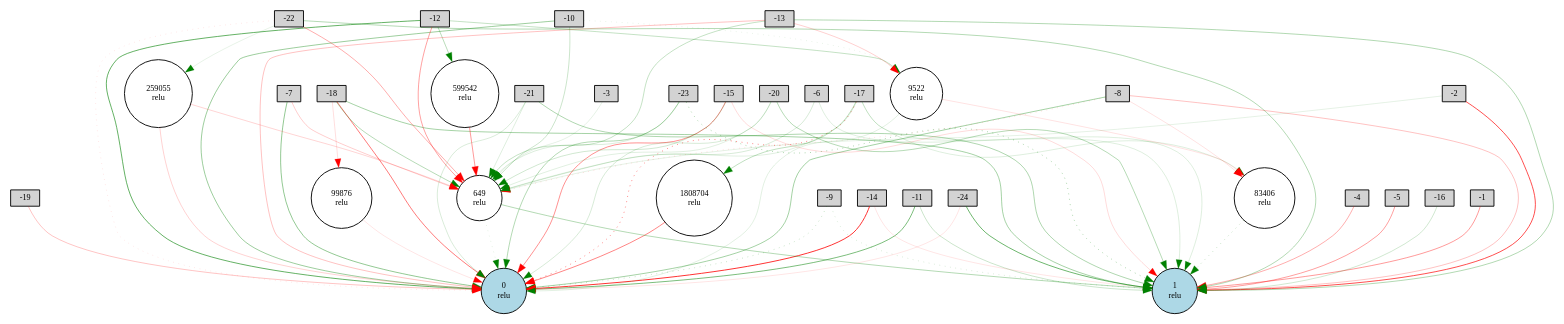
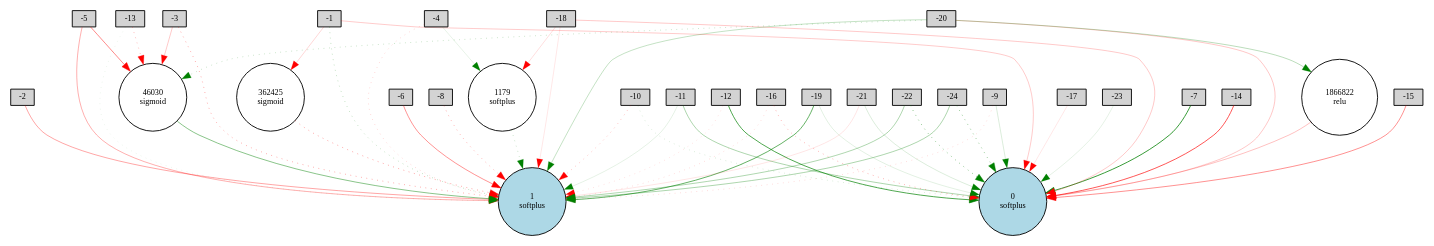
The diagram in code/Digraph.gv (winatawelly/skripsi), drawn with Graphviz before and after one commit. The commit also changed 26 other files, not shown here.

```diff
--- a/code/Digraph.gv
+++ b/code/Digraph.gv
@@ -1,115 +1,87 @@
 digraph {
 	node [fontsize=9 height=0.2 shape=circle width=0.2]
 	A [label=-1 fillcolor=lightgray shape=box style=filled]
 	B [label=-2 fillcolor=lightgray shape=box style=filled]
 	-3 [label=-3 fillcolor=lightgray shape=box style=filled]
 	-4 [label=-4 fillcolor=lightgray shape=box style=filled]
 	-5 [label=-5 fillcolor=lightgray shape=box style=filled]
 	-6 [label=-6 fillcolor=lightgray shape=box style=filled]
 	-7 [label=-7 fillcolor=lightgray shape=box style=filled]
 	-8 [label=-8 fillcolor=lightgray shape=box style=filled]
 	-9 [label=-9 fillcolor=lightgray shape=box style=filled]
 	-10 [label=-10 fillcolor=lightgray shape=box style=filled]
 	-11 [label=-11 fillcolor=lightgray shape=box style=filled]
 	-12 [label=-12 fillcolor=lightgray shape=box style=filled]
 	-13 [label=-13 fillcolor=lightgray shape=box style=filled]
 	-14 [label=-14 fillcolor=lightgray shape=box style=filled]
 	-15 [label=-15 fillcolor=lightgray shape=box style=filled]
 	-16 [label=-16 fillcolor=lightgray shape=box style=filled]
 	-17 [label=-17 fillcolor=lightgray shape=box style=filled]
 	-18 [label=-18 fillcolor=lightgray shape=box style=filled]
 	-19 [label=-19 fillcolor=lightgray shape=box style=filled]
 	-20 [label=-20 fillcolor=lightgray shape=box style=filled]
 	-21 [label=-21 fillcolor=lightgray shape=box style=filled]
 	-22 [label=-22 fillcolor=lightgray shape=box style=filled]
 	-23 [label=-23 fillcolor=lightgray shape=box style=filled]
 	-24 [label=-24 fillcolor=lightgray shape=box style=filled]
 	"A XOR B" [label="0
-relu" fillcolor=lightblue style=filled]
+softplus" fillcolor=lightblue style=filled]
 	1 [label="1
-relu" fillcolor=lightblue style=filled]
-	1808704 [label="1808704
+softplus" fillcolor=lightblue style=filled]
+	1866822 [label="1866822
 relu" fillcolor=white style=filled]
-	99876 [label="99876
-relu" fillcolor=white style=filled]
-	649 [label="649
-relu" fillcolor=white style=filled]
-	83406 [label="83406
-relu" fillcolor=white style=filled]
-	259055 [label="259055
-relu" fillcolor=white style=filled]
-	9522 [label="9522
-relu" fillcolor=white style=filled]
-	599542 [label="599542
-relu" fillcolor=white style=filled]
-	-21 -> 649 [color=green penwidth=0.14506941235660412 style=solid]
-	-22 -> 1 [color=green penwidth=0.33389348507887445 style=solid]
-	-11 -> "A XOR B" [color=green penwidth=0.5654447482108419 style=solid]
-	-14 -> "A XOR B" [color=red penwidth=0.8825438023889247 style=solid]
-	-9 -> 1 [color=green penwidth=0.17687250367851853 style=dotted]
-	-9 -> "A XOR B" [color=green penwidth=0.24639427343737805 style=dotted]
-	-18 -> 1 [color=green penwidth=0.3929135590567112 style=solid]
-	-13 -> 1 [color=green penwidth=0.3366730593548203 style=solid]
-	-21 -> 1 [color=green penwidth=0.3460967053146694 style=solid]
-	-17 -> 1 [color=green penwidth=0.15265487513072845 style=solid]
-	-15 -> 649 [color=green penwidth=0.20713630906593344 style=solid]
-	-22 -> 649 [color=red penwidth=0.36357598096493426 style=solid]
-	-4 -> 1 [color=red penwidth=0.3643010642721327 style=solid]
-	-13 -> "A XOR B" [color=red penwidth=0.26512994814084745 style=solid]
-	A -> 1 [color=red penwidth=0.4381938522580636 style=solid]
-	-5 -> 1 [color=red penwidth=0.4177401340013098 style=solid]
-	-7 -> 649 [color=red penwidth=0.2170825182231309 style=solid]
-	-10 -> "A XOR B" [color=green penwidth=0.4292811491711376 style=solid]
-	-23 -> "A XOR B" [color=green penwidth=0.33438520807246985 style=solid]
-	B -> 649 [color=green penwidth=0.11555213233016817 style=solid]
-	-14 -> 1 [color=red penwidth=0.11970058341114445 style=solid]
-	B -> 1 [color=red penwidth=0.7600927421200248 style=solid]
-	-20 -> "A XOR B" [color=green penwidth=0.17856573360159403 style=solid]
-	-18 -> 649 [color=green penwidth=0.3233138553183028 style=solid]
-	-12 -> "A XOR B" [color=green penwidth=0.6739179983054716 style=solid]
-	-13 -> 649 [color=green penwidth=0.255665670087564 style=solid]
-	-6 -> 1 [color=green penwidth=0.1469101838583104 style=solid]
-	649 -> 1 [color=green penwidth=0.32767240116229224 style=solid]
-	-19 -> "A XOR B" [color=red penwidth=0.26466218563317767 style=solid]
-	-7 -> "A XOR B" [color=green penwidth=0.4719575387963215 style=solid]
-	-11 -> 1 [color=green penwidth=0.22885131911423226 style=solid]
-	-8 -> 1 [color=red penwidth=0.27439100057809235 style=solid]
-	-15 -> 1 [color=red penwidth=0.16420359474452875 style=solid]
-	-21 -> "A XOR B" [color=green penwidth=0.16763089080982974 style=solid]
-	-24 -> "A XOR B" [color=red penwidth=0.12097955068742854 style=solid]
-	-12 -> 649 [color=red penwidth=0.4057971211143624 style=solid]
-	-16 -> 1 [color=green penwidth=0.21320252154049615 style=solid]
-	-20 -> 1 [color=green penwidth=0.322792339873576 style=solid]
-	-17 -> 649 [color=green penwidth=0.14440564616582774 style=solid]
-	-23 -> 1 [color=green penwidth=0.3849110881971598 style=dotted]
-	-10 -> 649 [color=green penwidth=0.22978498847371642 style=solid]
-	-20 -> 649 [color=green penwidth=0.13656046013763765 style=solid]
-	-15 -> "A XOR B" [color=red penwidth=0.4786031592581559 style=solid]
-	-18 -> "A XOR B" [color=red penwidth=0.5787154434241303 style=solid]
-	-22 -> "A XOR B" [color=red penwidth=0.1248797869237182 style=dotted]
-	-17 -> "A XOR B" [color=red penwidth=0.5512186518528703 style=dotted]
-	-23 -> 649 [color=green penwidth=0.15577697575251703 style=solid]
-	-6 -> 649 [color=green penwidth=0.1761846899268979 style=solid]
-	-8 -> "A XOR B" [color=green penwidth=0.39550156783758106 style=solid]
-	-24 -> 1 [color=green penwidth=0.628825519025821 style=solid]
-	-8 -> 649 [color=red penwidth=0.15064744487963078 style=dotted]
-	649 -> "A XOR B" [color=green penwidth=0.12895009486472922 style=dotted]
-	-12 -> 9522 [color=green penwidth=0.26476375115854944 style=solid]
-	9522 -> "A XOR B" [color=green penwidth=0.1254142400805556 style=solid]
-	-8 -> 83406 [color=red penwidth=0.12935818324619358 style=solid]
-	83406 -> 1 [color=green penwidth=0.2879764072435332 style=dotted]
-	-10 -> 9522 [color=green penwidth=0.10637771824163539 style=dotted]
-	-18 -> 99876 [color=red penwidth=0.15091262202398487 style=solid]
-	99876 -> "A XOR B" [color=red penwidth=0.12346200740483754 style=solid]
-	-13 -> 9522 [color=red penwidth=0.20926598251280965 style=solid]
-	-3 -> 649 [color=green penwidth=0.11674705135408056 style=solid]
-	-22 -> 259055 [color=green penwidth=0.11255687625884539 style=solid]
-	259055 -> "A XOR B" [color=red penwidth=0.1982051319209206 style=solid]
-	-17 -> 83406 [color=green penwidth=0.1530432985505793 style=solid]
-	259055 -> 649 [color=red penwidth=0.19178446402490412 style=solid]
-	-12 -> 599542 [color=green penwidth=0.31488785557188625 style=solid]
-	599542 -> 649 [color=red penwidth=0.4433598733492672 style=solid]
-	9522 -> 83406 [color=red penwidth=0.12688855641891936 style=solid]
-	-17 -> 1808704 [color=green penwidth=0.2841333430026718 style=solid]
-	1808704 -> "A XOR B" [color=red penwidth=0.5307159575481717 style=solid]
+	46030 [label="46030
+sigmoid" fillcolor=white style=filled]
+	362425 [label="362425
+sigmoid" fillcolor=white style=filled]
+	1179 [label="1179
+softplus" fillcolor=white style=filled]
+	-3 -> 1 [color=red penwidth=0.3789248050013774 style=dotted]
+	B -> 1 [color=red penwidth=0.3876339319012321 style=solid]
+	-21 -> 1 [color=red penwidth=0.1246830586279069 style=solid]
+	-6 -> 1 [color=red penwidth=0.4743879436350955 style=solid]
+	-9 -> "A XOR B" [color=green penwidth=0.15904065215499003 style=solid]
+	A -> 1 [color=green penwidth=0.280857353467424 style=dotted]
+	-18 -> 1 [color=red penwidth=0.11260433890416957 style=solid]
+	-8 -> 1 [color=red penwidth=0.3620906183455376 style=dotted]
+	-11 -> 1 [color=green penwidth=0.12028304803737873 style=solid]
+	-13 -> 1 [color=green penwidth=0.10360631976454593 style=dotted]
+	-20 -> "A XOR B" [color=red penwidth=0.2539709783511044 style=solid]
+	-24 -> "A XOR B" [color=green penwidth=0.4849211312159065 style=dotted]
+	-17 -> "A XOR B" [color=red penwidth=0.11041699771885079 style=solid]
+	-23 -> "A XOR B" [color=green penwidth=0.12110153055530512 style=solid]
+	-20 -> 1 [color=green penwidth=0.2629545653961177 style=solid]
+	-12 -> 1 [color=red penwidth=0.1532879085849339 style=dotted]
+	-18 -> "A XOR B" [color=red penwidth=0.24084249127914975 style=solid]
+	-10 -> 1 [color=red penwidth=0.28893349875828195 style=dotted]
+	-19 -> "A XOR B" [color=green penwidth=0.12995530093932556 style=solid]
+	-4 -> 1 [color=red penwidth=0.1907084854819212 style=dotted]
+	-15 -> "A XOR B" [color=red penwidth=0.47567395613637475 style=solid]
+	-22 -> 1 [color=green penwidth=0.34912192116932667 style=solid]
+	-22 -> "A XOR B" [color=green penwidth=0.5344131846501672 style=dotted]
+	-9 -> 1 [color=red penwidth=0.16841106029634262 style=dotted]
+	A -> "A XOR B" [color=red penwidth=0.2258673965827701 style=solid]
+	-10 -> "A XOR B" [color=green penwidth=0.18010983096721978 style=dotted]
+	-5 -> 1 [color=red penwidth=0.3536564342569821 style=solid]
+	-24 -> 1 [color=green penwidth=0.3581359872944162 style=solid]
+	-19 -> 1 [color=green penwidth=0.6743190730683378 style=solid]
+	-16 -> "A XOR B" [color=red penwidth=0.349909113720071 style=dotted]
+	-21 -> "A XOR B" [color=green penwidth=0.15942543233969397 style=solid]
+	-11 -> "A XOR B" [color=green penwidth=0.3577748624277758 style=solid]
+	-16 -> 1 [color=red penwidth=0.17403671565456325 style=dotted]
+	-12 -> "A XOR B" [color=green penwidth=0.7573538819957002 style=solid]
+	-7 -> "A XOR B" [color=green penwidth=0.8607799397503487 style=solid]
+	-18 -> 1179 [color=red penwidth=0.14534519672395516 style=solid]
+	1179 -> 1 [color=green penwidth=0.23808091741400303 style=dotted]
+	-14 -> "A XOR B" [color=red penwidth=0.7285316495465419 style=solid]
+	-20 -> 46030 [color=green penwidth=0.25335262595643027 style=dotted]
+	46030 -> 1 [color=green penwidth=0.507674075177275 style=solid]
+	-3 -> 46030 [color=red penwidth=0.23875782487463804 style=solid]
+	-4 -> 1179 [color=green penwidth=0.10671244742620385 style=solid]
+	-13 -> 46030 [color=red penwidth=0.3054054143233179 style=dotted]
+	A -> 362425 [color=red penwidth=0.1805314692602007 style=solid]
+	362425 -> 1 [color=red penwidth=0.4129623006743123 style=dotted]
+	-5 -> 46030 [color=red penwidth=0.5081404574463293 style=solid]
+	-20 -> 1866822 [color=green penwidth=0.3041696034475634 style=solid]
+	1866822 -> "A XOR B" [color=red penwidth=0.2811863572954443 style=solid]
 }
```
